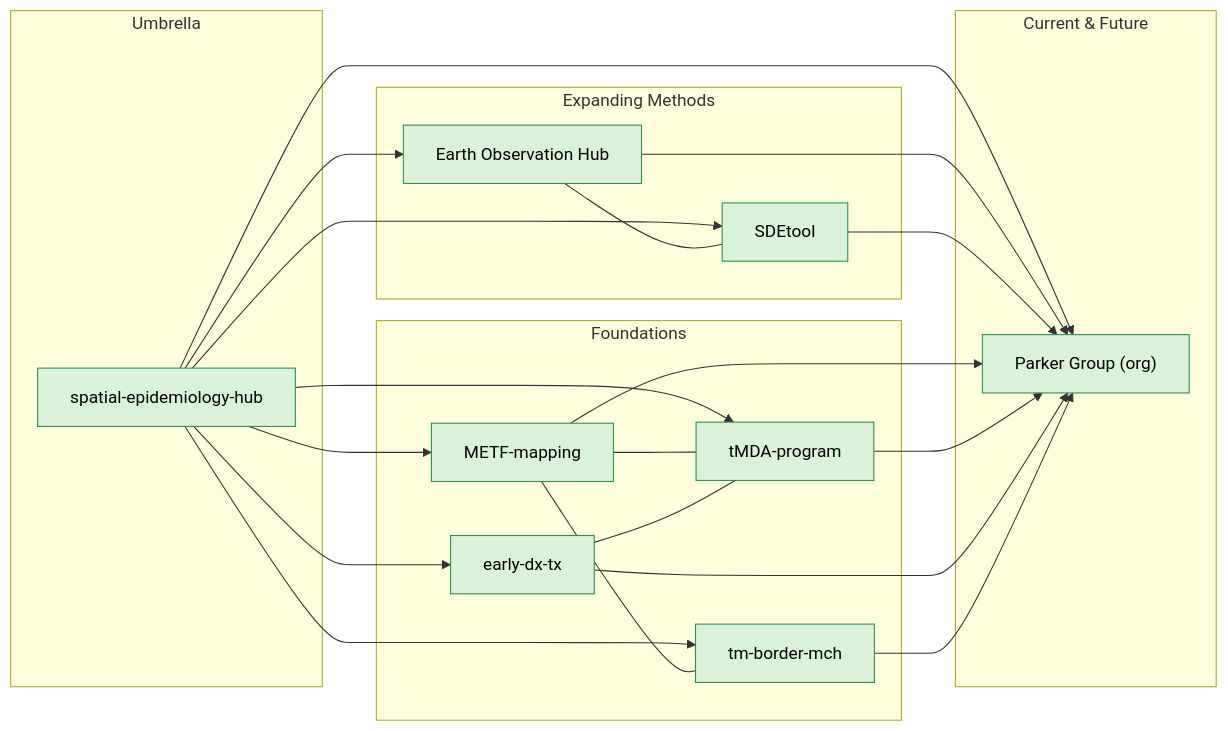
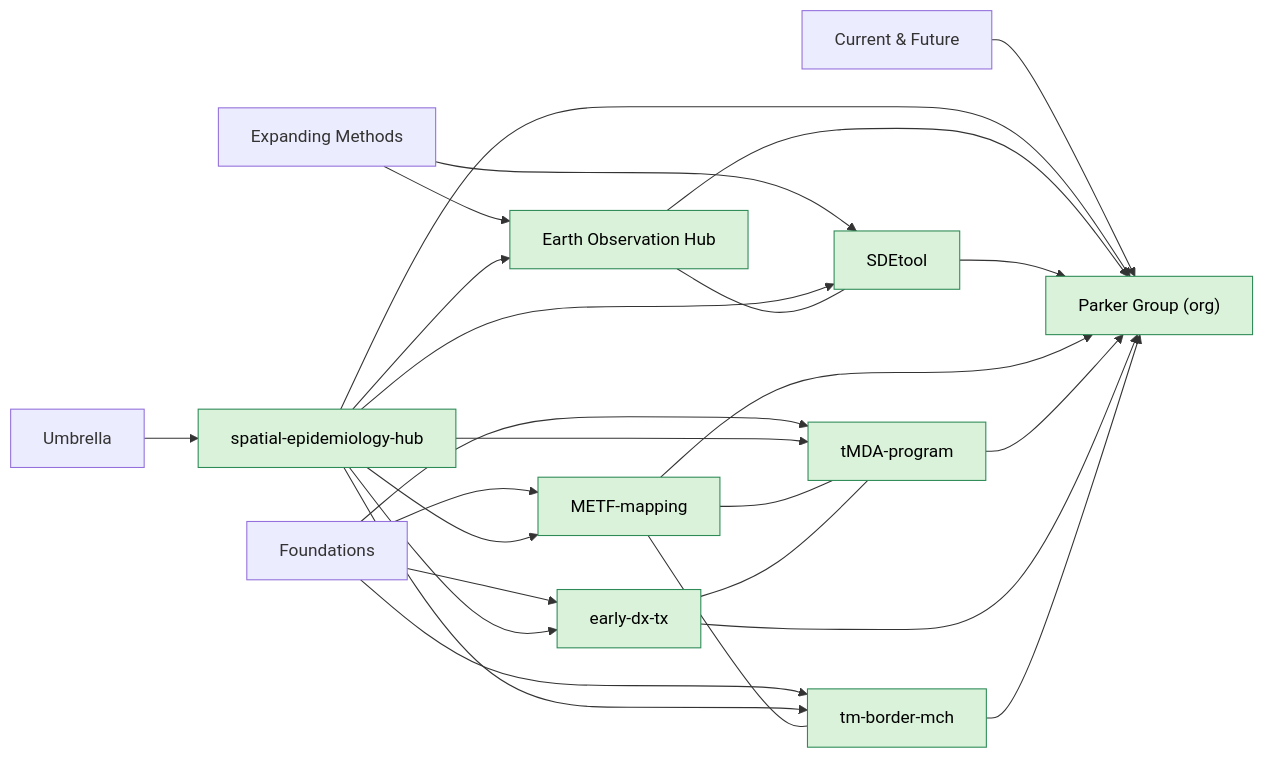
One commit to DMParker1/spatial-epidemiology-hub changed the diagram in README.md. Above: the diagram before and after it, drawn with Mermaid.

````diff
--- a/README.md
+++ b/README.md
@@ -40,51 +40,55 @@
 ```mermaid
 flowchart LR
-  %% Set background color for the whole chart
-  classDef chart fill:#f5f5f5;
+  %% Light green style for nodes
+  classDef greenBox fill:#d9f2d9,stroke:#2e8b57,stroke-width:1px,color:#000;
 
-  subgraph A[Foundations]
-    METF["METF-mapping"]
-    EDT["early-dx-tx"]
-    MCH["tm-border-mch"]
-    tMDA["tMDA-program"]
-  end
+  %% Headings as dummy text nodes (not connected)
+  A[Foundations]
+  B[Expanding Methods]
+  C[Umbrella]
+  D[Current & Future]
 
-  subgraph B[Expanding Methods]
-    EO["Earth Observation Hub"]
-    SDE["SDEtool"]
-  end
+  %% Real nodes
+  METF["METF-mapping"]
+  EDT["early-dx-tx"]
+  MCH["tm-border-mch"]
+  tMDA["tMDA-program"]
+  EO["Earth Observation Hub"]
+  SDE["SDEtool"]
+  GIS["spatial-epidemiology-hub"]
+  PG["Parker Group (org)"]
 
-  subgraph C[Umbrella]
-    GIS["spatial-epidemiology-hub"]
-  end
+  %% Layout (place headings above their group)
+  A --> METF
+  A --> EDT
+  A --> MCH
+  A --> tMDA
+  B --> EO
+  B --> SDE
+  C --> GIS
+  D --> PG
 
-  subgraph D[Current & Future]
-    PG["Parker Group (org)"]
-  end
-
+  %% Project connections
   GIS --> METF
   GIS --> tMDA
   GIS --> EDT
   GIS --> MCH
   GIS --> EO
   GIS --> SDE
   GIS --> PG
 
   METF --- tMDA
   EDT --- tMDA
   METF --- MCH
   EO --- SDE
 
   EO --> PG
   SDE --> PG
   METF --> PG
   tMDA --> PG
   EDT --> PG
   MCH --> PG
 
-  %% Define light green box style
-  classDef greenBox fill:#d9f2d9,stroke:#2e8b57,stroke-width:1px,color:#000;
-
-  %% Apply to all nodes
+  %% Apply green style to all nodes
   class METF,EDT,MCH,tMDA,EO,SDE,GIS,PG greenBox;
 ```
````
